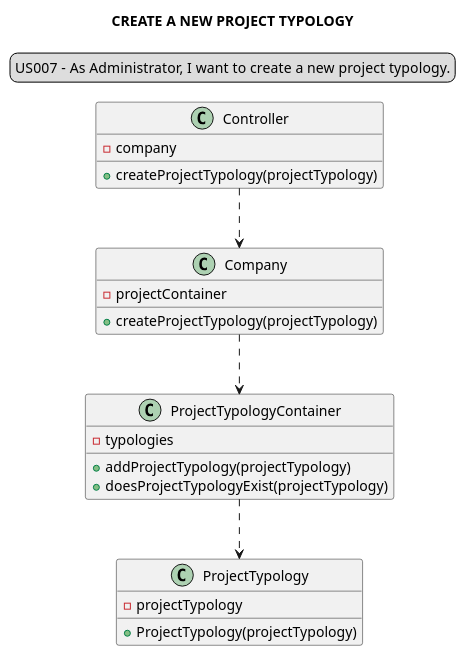
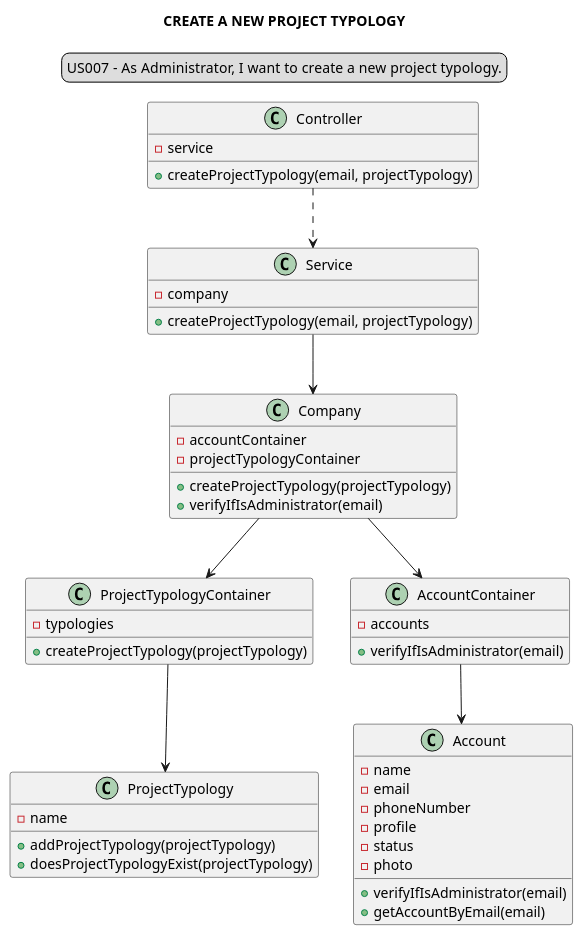
Before and after one commit to Loracline/project_switch_22-23: the diagram in docs/modelling_design/user_stories/us007/US007_classDiagram.puml, drawn with PlantUML. The commit also changed 13 other files, not shown here.

First line of the commit message:
US 005,006 : Design : Addition of photos of class and sequence diagram

```diff
--- a/docs/modelling_design/user_stories/us007/US007_classDiagram.puml
+++ b/docs/modelling_design/user_stories/us007/US007_classDiagram.puml
@@ -1,32 +1,54 @@
 @startuml
 
 legend top
 US007 -  As Administrator, I want to create a new project typology.
 end legend
 skinparam sequenceMessageAlign center
 title CREATE A NEW PROJECT TYPOLOGY
 
-"Controller" ..> "Company"
-"Company" ..> "ProjectTypologyContainer"
-"ProjectTypologyContainer" ..> "ProjectTypology"
+"Controller" ..> "Service"
+"Service" --> "Company"
+"Company" --> "ProjectTypologyContainer"
+"Company" --> "AccountContainer"
+"ProjectTypologyContainer" --> "ProjectTypology"
+"AccountContainer" --> "Account"
 
+class "Controller" {
+-service
++createProjectTypology(email, projectTypology)
+}
+class "Service" {
+-company
++createProjectTypology(email, projectTypology)
+}
 class "Company" {
--projectContainer
+-accountContainer
+-projectTypologyContainer
 +createProjectTypology(projectTypology)
-}
-class "Controller" {
--company
-+createProjectTypology(projectTypology)
++verifyIfIsAdministrator(email)
 }
 class "ProjectTypologyContainer"{
 -typologies
++createProjectTypology(projectTypology)
+}
+class "AccountContainer"{
+-accounts
++verifyIfIsAdministrator(email)
+}
+class "ProjectTypology"{
+-name
 +addProjectTypology(projectTypology)
 +doesProjectTypologyExist(projectTypology)
 }
-class "ProjectTypology"{
--projectTypology
-+ProjectTypology(projectTypology)
+
+class "Account"{
+-name
+-email
+-phoneNumber
+-profile
+-status
+-photo
++verifyIfIsAdministrator(email)
++getAccountByEmail(email)
 }
-
-
 @enduml
```
